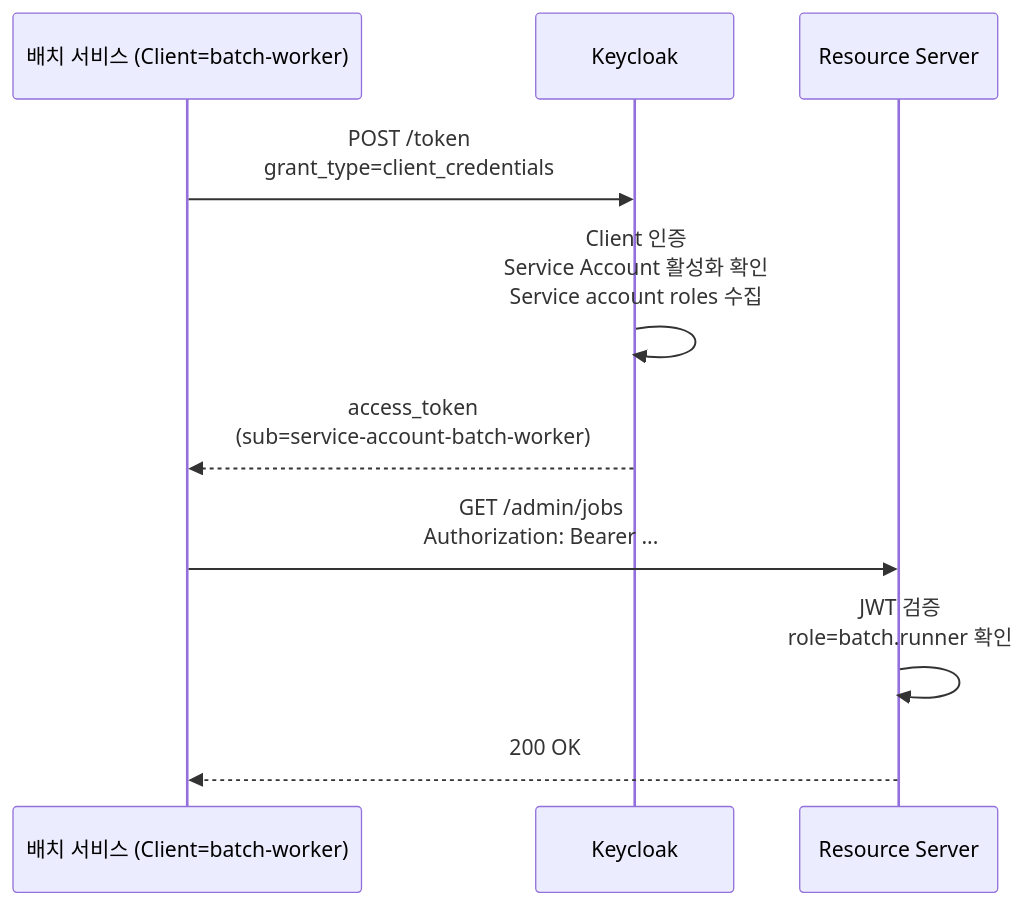
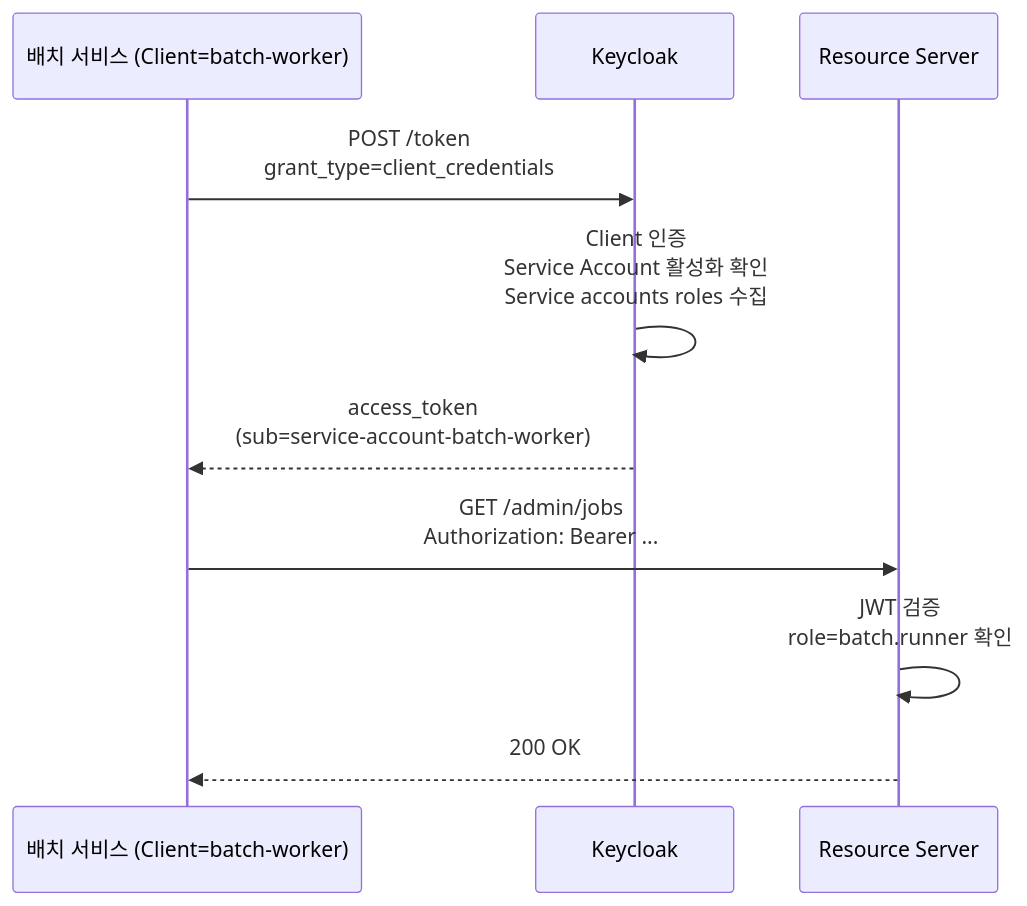
One commit to hobeen-kim/hobeen-kim.github.io changed the fourth of 4 diagrams in docs/_study/keycloak/04-client-service-account.md. Above: the diagram before and after it, drawn with Mermaid. The commit also changed other lines of this file and 24 other files, not shown here.

````diff
--- a/docs/_study/keycloak/04-client-service-account.md
+++ b/docs/_study/keycloak/04-client-service-account.md
@@ -155,13 +163,13 @@
 ```mermaid
 sequenceDiagram
     participant S as 배치 서비스 (Client=batch-worker)
     participant KC as Keycloak
     participant API as Resource Server
 
     S->>KC: POST /token<br>grant_type=client_credentials
-    KC->>KC: Client 인증<br>Service Account 활성화 확인<br>Service account roles 수집
+    KC->>KC: Client 인증<br>Service Account 활성화 확인<br>Service accounts roles 수집
     KC-->>S: access_token<br>(sub=service-account-batch-worker)
     S->>API: GET /admin/jobs<br>Authorization: Bearer ...
     API->>API: JWT 검증<br>role=batch.runner 확인
     API-->>S: 200 OK
 ```
````
